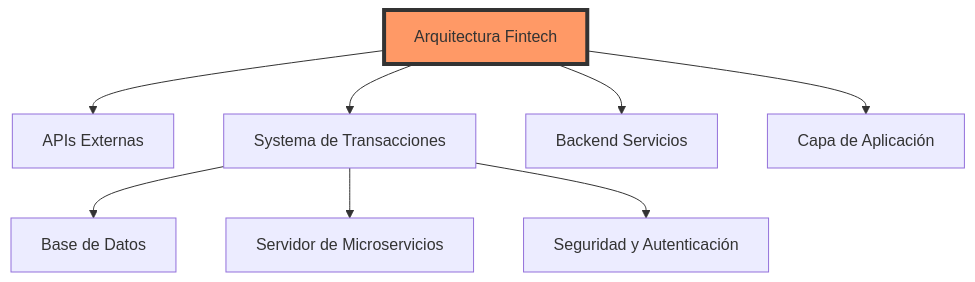
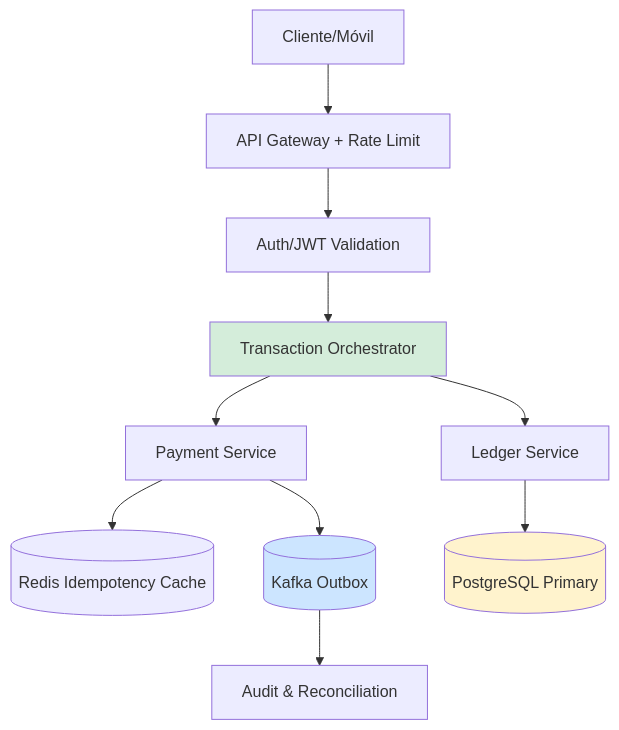
One commit to Joaquinriosheredia/DAM-Java-Mastery changed the first of 8 diagrams in _Review/arquitectura_fintech_y_sistemas_transaccionales/arquitectura_fintech_y_sistemas_transaccionales.md. Above: the diagram before and after it, drawn with Mermaid. The commit also changed other lines of this file, not shown here.

Commit message:
Arquitectura Fintech y Sistemas Transaccionales con Java 21

````diff
--- a/_Review/arquitectura_fintech_y_sistemas_transaccionales/arquitectura_fintech_y_sistemas_transaccionales.md
+++ b/_Review/arquitectura_fintech_y_sistemas_transaccionales/arquitectura_fintech_y_sistemas_transaccionales.md
@@ -47,13 +54,15 @@
 ```mermaid
 graph TD
-    A[Arquitectura Fintech] --> B[APIs Externas] 
-    A --> C[Systema de Transacciones]
-    A --> D[Backend Servicios]
-    A --> E[Capa de Aplicación]
-    
-    C --> F[Base de Datos]
-    C --> G[Servidor de Microservicios]
-    C --> H[Seguridad y Autenticación]
-
-    style A fill:#f96,stroke:#333,stroke-width:4px
+    CLIENT[Cliente/Móvil] --> GW[API Gateway + Rate Limit]
+    GW --> AUTH[Auth/JWT Validation]
+    AUTH --> ORCH[Transaction Orchestrator]
+    ORCH --> PAY[Payment Service]
+    ORCH --> LEDGER[Ledger Service]
+    PAY --> REDIS[(Redis Idempotency Cache)]
+    PAY --> KAFKA[(Kafka Outbox)]
+    LEDGER --> DB[(PostgreSQL Primary)]
+    KAFKA --> AUDIT[Audit & Reconciliation]
+    style ORCH fill:#d4edda
+    style KAFKA fill:#cce5ff
+    style DB fill:#fff3cd
 ```
````
